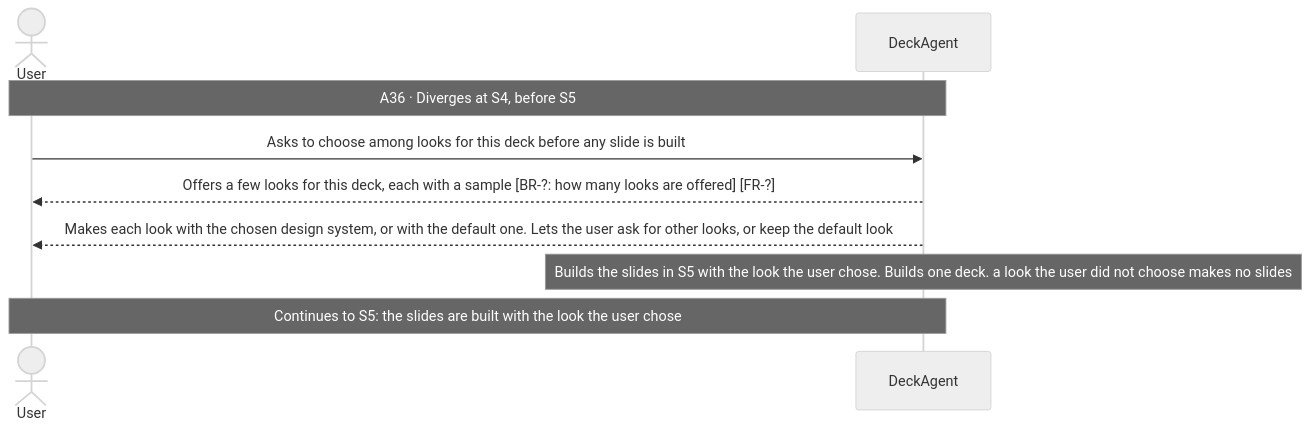
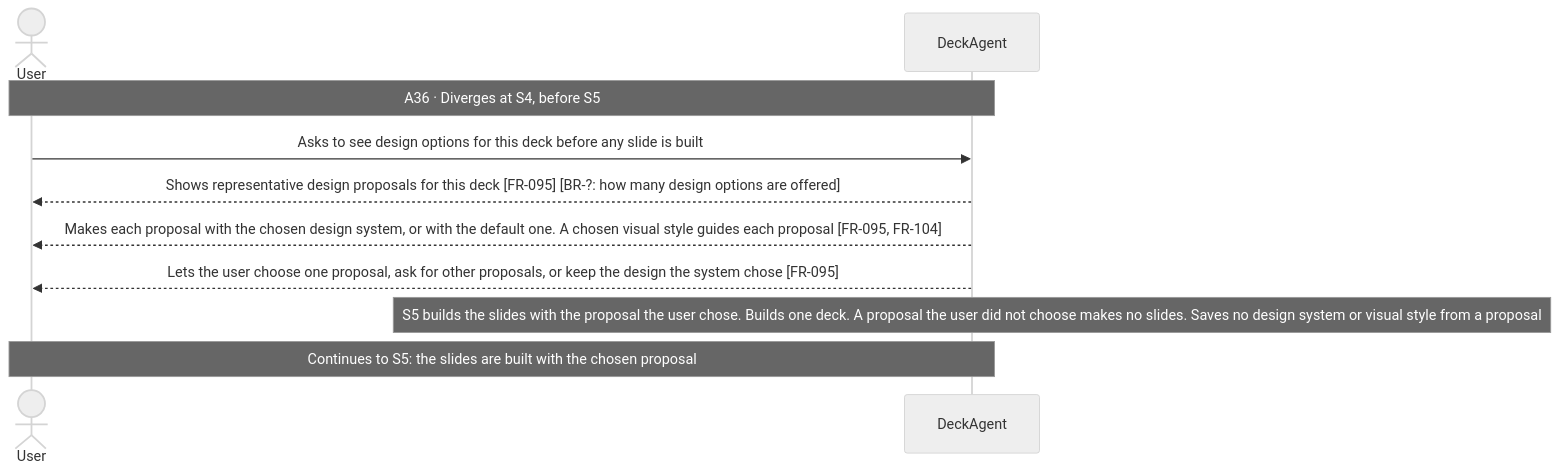
One commit to Luke23127006/DeckAgent changed diagram 20 of 27 in docs/spec/03-use-cases/UC-001.md. Above: the diagram before and after it, drawn with Mermaid (neutral theme). The commit also changed other lines of this file and 31 other files, not shown here.

Commit message:
docs(spec): define independent design systems and visual styles

````diff
--- a/docs/spec/03-use-cases/UC-001.md
+++ b/docs/spec/03-use-cases/UC-001.md
@@ -344,11 +348,12 @@
 ```mermaid
 sequenceDiagram
     actor User
     participant DeckAgent
     Note over User,DeckAgent: A36 · Diverges at S4, before S5
-    User->>DeckAgent: Asks to choose among looks for this deck before any slide is built
-    DeckAgent-->>User: Offers a few looks for this deck, each with a sample [BR-?: how many looks are offered] [FR-?]
-    DeckAgent-->>User: Makes each look with the chosen design system, or with the default one. Lets the user ask for other looks, or keep the default look
-    note over DeckAgent: Builds the slides in S5 with the look the user chose. Builds one deck. a look the user did not choose makes no slides
-    Note over User,DeckAgent: Continues to S5: the slides are built with the look the user chose
+    User->>DeckAgent: Asks to see design options for this deck before any slide is built
+    DeckAgent-->>User: Shows representative design proposals for this deck [FR-095] [BR-?: how many design options are offered]
+    DeckAgent-->>User: Makes each proposal with the chosen design system, or with the default one. A chosen visual style guides each proposal [FR-095, FR-104]
+    DeckAgent-->>User: Lets the user choose one proposal, ask for other proposals, or keep the design the system chose [FR-095]
+    note over DeckAgent: S5 builds the slides with the proposal the user chose. Builds one deck. A proposal the user did not choose makes no slides. Saves no design system or visual style from a proposal
+    Note over User,DeckAgent: Continues to S5: the slides are built with the chosen proposal
 ```
````
